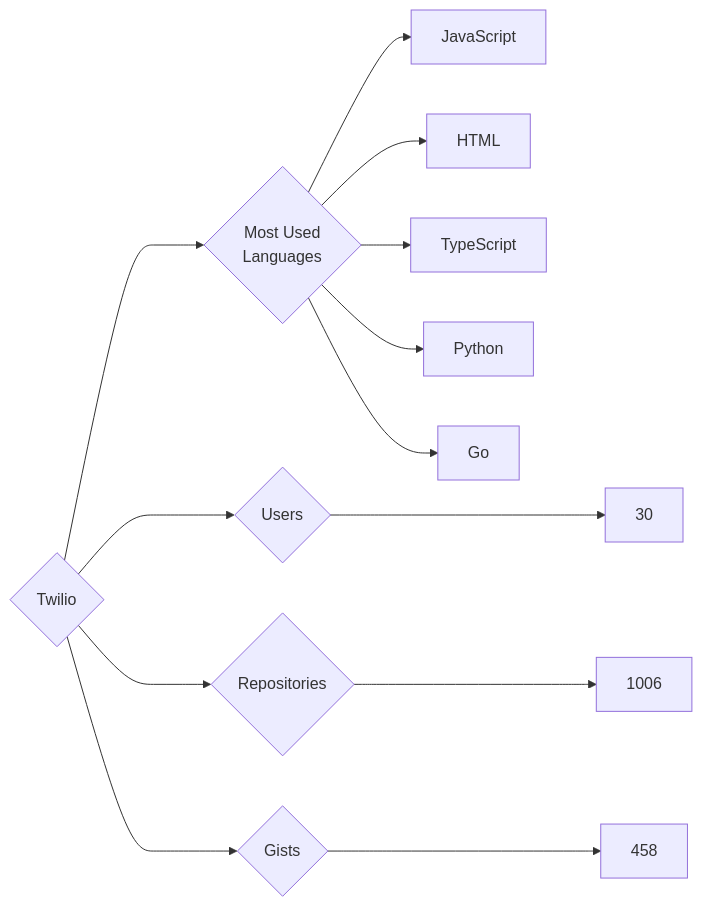
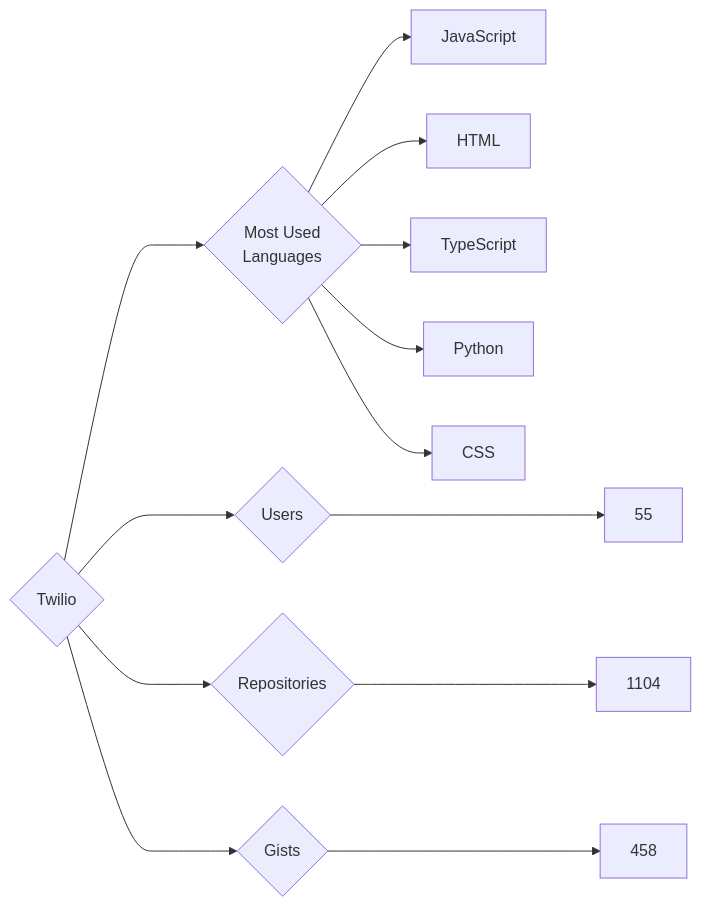
The diagram in targets/Twilio/README.md (trickest/insiders), drawn with Mermaid before and after one commit. The commit also changed 682 other files, not shown here.

````diff
--- a/targets/Twilio/README.md
+++ b/targets/Twilio/README.md
@@ -3,13 +3,13 @@
 ```mermaid
 graph LR
 COMPANY_NAME{Twilio}
-COMPANY_NAME ---> U{Users} ---> UN[30]
-COMPANY_NAME ---> R{Repositories} ---> RN[1006]
+COMPANY_NAME ---> U{Users} ---> UN[55]
+COMPANY_NAME ---> R{Repositories} ---> RN[1104]
 COMPANY_NAME ---> G{Gists} ---> GN[458]
 COMPANY_NAME ---> ML{Most Used<br>Languages}
 ML --> JavaScript[JavaScript]
 ML --> HTML[HTML]
 ML --> TypeScript[TypeScript]
 ML --> Python[Python]
-ML --> Go[Go]
+ML --> CSS[CSS]
 ```
````
